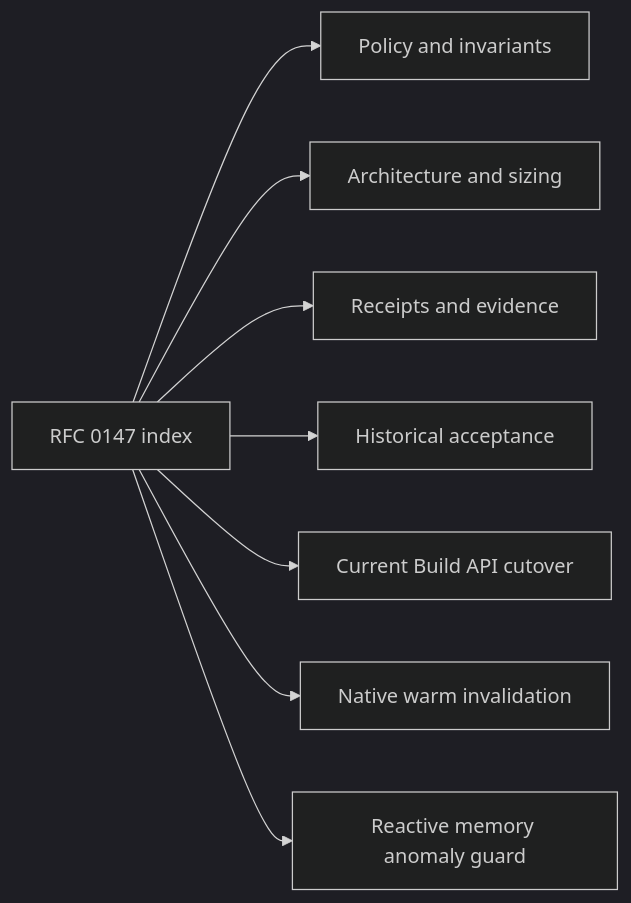
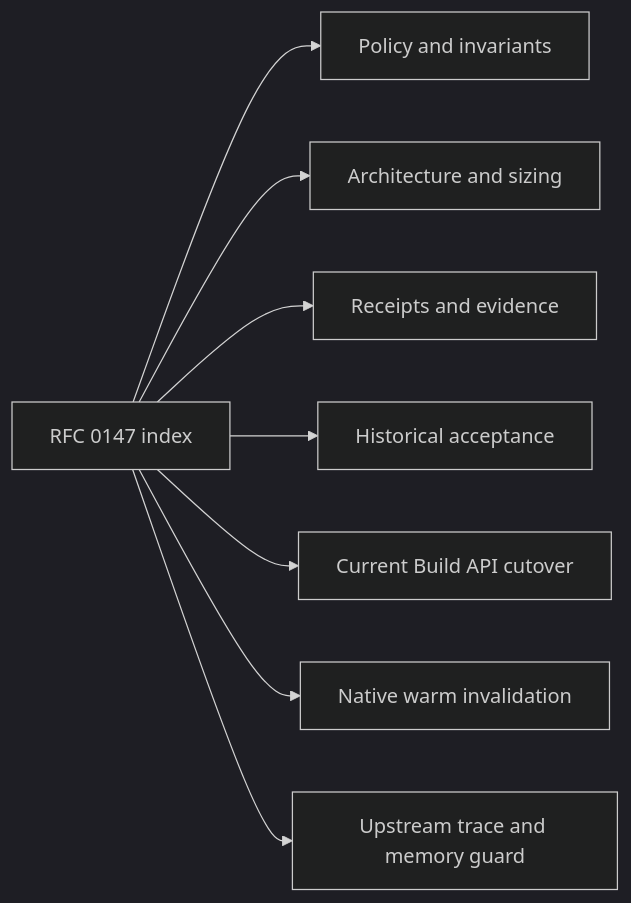
The diagram in docs/10-19-design/10.06-poo-module-system/147-adaptive-scheme-build-guard.org (tao3k/poo-flow), drawn with Mermaid (dark theme) before and after one commit. The commit also changed other lines of this file and 76 other files, not shown here.

```diff
--- a/docs/10-19-design/10.06-poo-module-system/147-adaptive-scheme-build-guard.org
+++ b/docs/10-19-design/10.06-poo-module-system/147-adaptive-scheme-build-guard.org
@@ -12,11 +30,11 @@
 #+begin_src mermaid
 flowchart LR
   I[RFC 0147 index]
   I --> P[Policy and invariants]
   I --> A[Architecture and sizing]
   I --> E[Receipts and evidence]
   I --> H[Historical acceptance]
   I --> C[Current Build API cutover]
   I --> W[Native warm invalidation]
-  I --> M[Reactive memory anomaly guard]
+  I --> M[Upstream trace and memory guard]
 #+end_src
```
